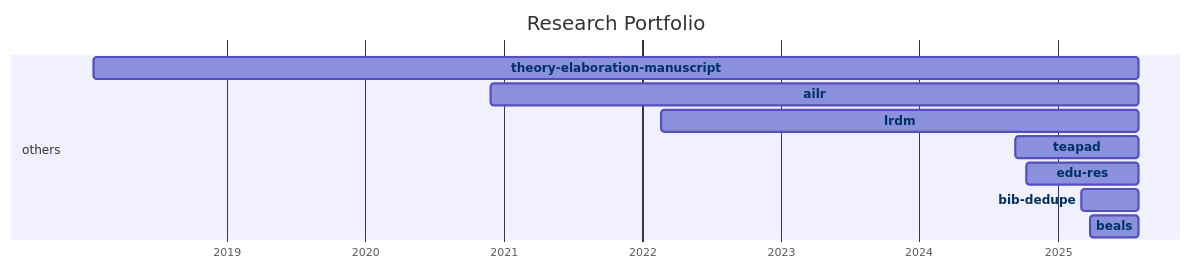
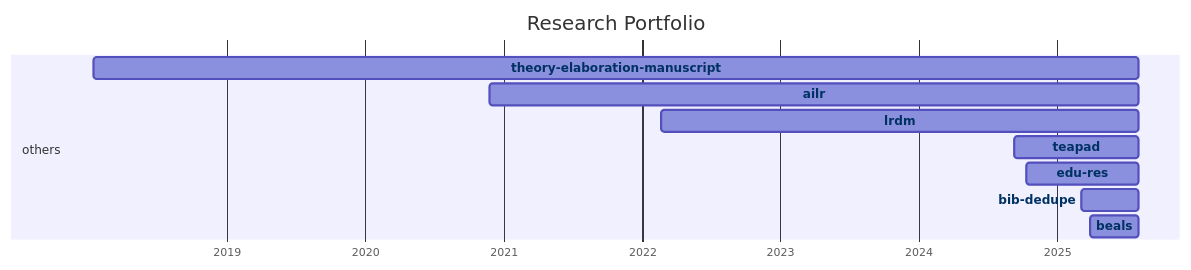
The diagram in docs/20-research/25-projects-gantt.md (digital-work-lab/handbook), drawn with Mermaid before and after one commit.

Commit message:
Update repository overview

````diff
--- a/docs/20-research/25-projects-gantt.md
+++ b/docs/20-research/25-projects-gantt.md
@@ -8,33 +8,33 @@
 ```mermaid
 ---
 displayMode: compact
 ---
 gantt
 title Research Portfolio
 dateFormat YYYY-MM-DD
 axisFormat %Y
 
     section work_practices
 
     section distributed_organizing
 
     section knowledge_synthesis
 
     section others
-        beals :beals, 2025-03-28, 2025-08-02
-        bib-dedupe :bib-dedupe, 2025-03-04, 2025-08-02
-        edu-res :edu-res, 2024-10-10, 2025-08-02
-        teapad :teapad, 2024-09-10, 2025-08-02
-        lrdm :lrdm, 2022-02-20, 2025-08-02
-        ailr :ailr, 2020-11-26, 2025-08-02
-        theory-elaboration-manuscript :theory-elaboration-manuscript, 2018-01-15, 2025-08-02
+        beals :beals, 2025-03-28, 2025-08-03
+        bib-dedupe :bib-dedupe, 2025-03-04, 2025-08-03
+        edu-res :edu-res, 2024-10-10, 2025-08-03
+        teapad :teapad, 2024-09-10, 2025-08-03
+        lrdm :lrdm, 2022-02-20, 2025-08-03
+        ailr :ailr, 2020-11-26, 2025-08-03
+        theory-elaboration-manuscript :theory-elaboration-manuscript, 2018-01-15, 2025-08-03
 
 
     click beals href "{{ site.baseurl }}/docs/10-lab/18-resources/beals.html"
     click bib-dedupe href "{{ site.baseurl }}/docs/10-lab/18-resources/bib-dedupe.html"
     click edu-res href "{{ site.baseurl }}/docs/10-lab/18-resources/edu-res.html"
     click teapad href "{{ site.baseurl }}/docs/10-lab/18-resources/teapad.html"
     click lrdm href "{{ site.baseurl }}/docs/10-lab/18-resources/lrdm.html"
     click ailr href "{{ site.baseurl }}/docs/10-lab/18-resources/ailr.html"
     click theory-elaboration-manuscript href "{{ site.baseurl }}/docs/10-lab/18-resources/theory-elaboration-manuscript.html"
 ```
````
